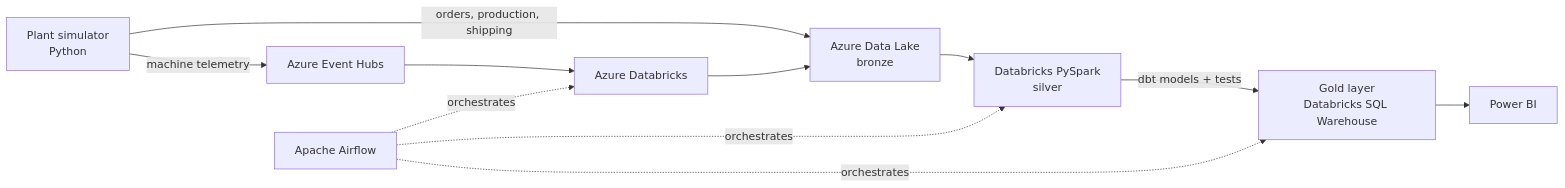
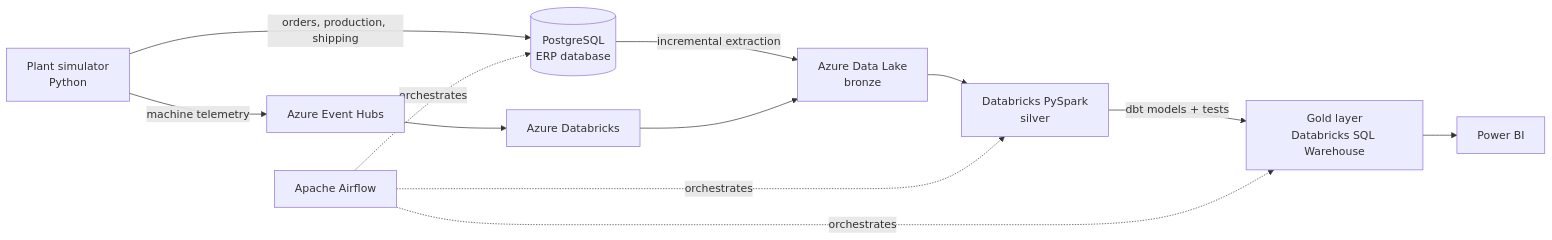
Before and after one commit to lucasnunesf/industrial-data-platform: the diagram in README.md, drawn with Mermaid. The commit also changed other lines of this file, not shown here.

Commit message:
docs: add PostgreSQL ERP as source system

````diff
--- a/README.md
+++ b/README.md
@@ -27,13 +27,14 @@
 ```mermaid
 flowchart LR
-    A[Plant simulator<br/>Python] -->|machine telemetry| B[Azure Event Hubs]
-    A -->|orders, production, shipping| C[Azure Data Lake<br/>bronze]
+    A[Plant simulator<br/>Python] -->|orders, production, shipping| P[(PostgreSQL<br/>ERP database)]
+    A -->|machine telemetry| B[Azure Event Hubs]
+    P -->|incremental extraction| C[Azure Data Lake<br/>bronze]
     B --> D[Azure Databricks]
     D --> C
     C --> E[Databricks PySpark<br/>silver]
     E -->|dbt models + tests| F[Gold layer<br/>Databricks SQL Warehouse]
     F --> G[Power BI]
-    H[Apache Airflow] -.orchestrates.-> D
+    H[Apache Airflow] -.orchestrates.-> P
     H -.orchestrates.-> E
     H -.orchestrates.-> F
 ```
````
